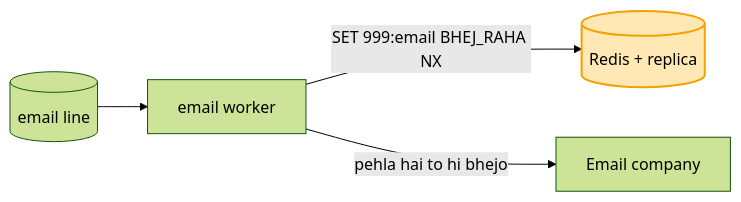
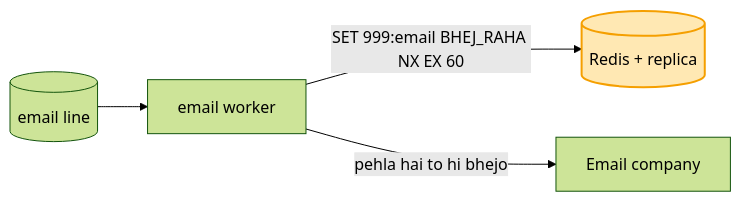
The fourth of 11 diagrams in 04_HLD/SYSTEM_DESIGNS/04_notification_system/04_notification_system.md (ArpanMaheshwari144/Prep), drawn with Mermaid (forest theme) before and after one commit. The commit also changed other lines of this file and 9 other files, not shown here.

Commit message:
audit: 01-12 ki seedhi galtiyan (number, naam, diagram teer, chhote shabd, Redis WAIT)

````diff
--- a/04_HLD/SYSTEM_DESIGNS/04_notification_system/04_notification_system.md
+++ b/04_HLD/SYSTEM_DESIGNS/04_notification_system/04_notification_system.md
@@ -139,7 +139,7 @@
 ```mermaid
 flowchart LR
     LE[("email line")] --> WE["email worker"]
-    WE -- "SET 999:email BHEJ_RAHA NX" --> R[("Redis + replica")]
+    WE -- "SET 999:email BHEJ_RAHA NX EX 60" --> R[("Redis + replica")]
     WE -- "pehla hai to hi bhejo" --> C["Email company"]
     style R fill:#ffe8b3,stroke:#f59f00,stroke-width:2px,color:#000
 ```
````
